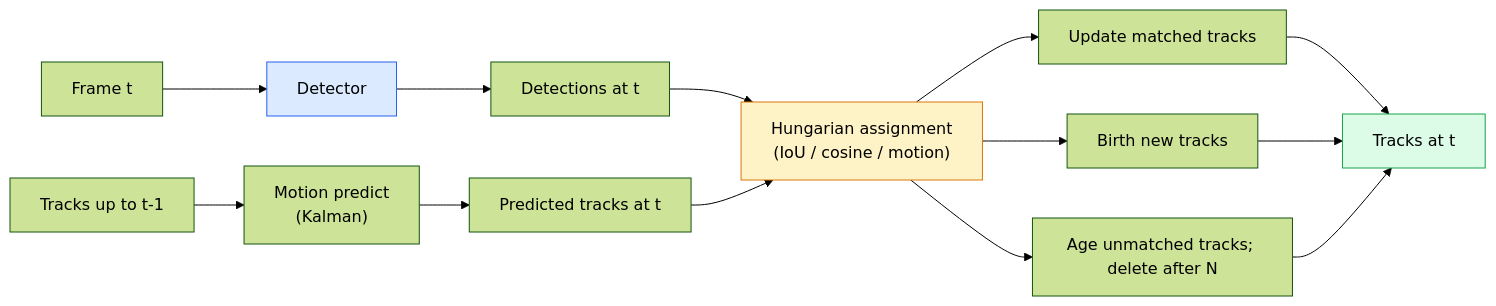
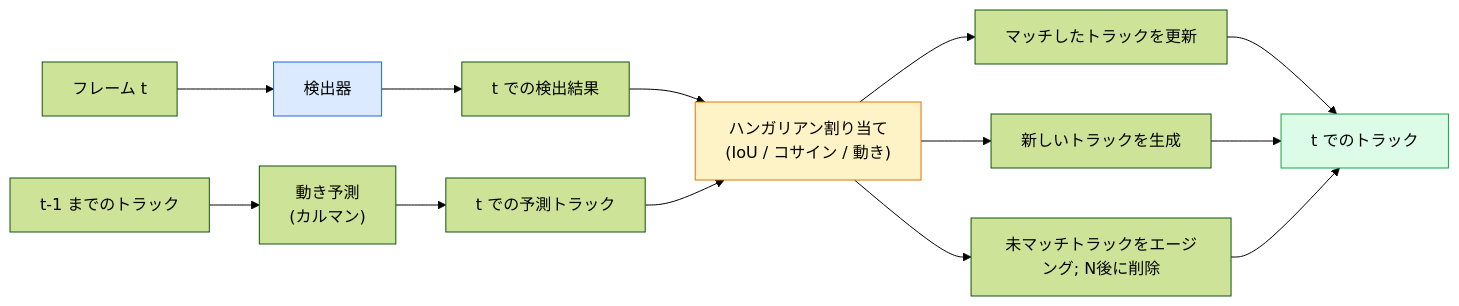
The diagram in content/phases/04-computer-vision/27-multi-object-tracking/lesson.ja.md (shoshoshomen/synapse-academy), drawn with Mermaid (forest theme) before and after one commit. The commit also changed 124 other files, not shown here.

First line of the commit message:
feat(i18n): mermaid図のラベルを日本語化(194レッスン/374図)

````diff
--- a/content/phases/04-computer-vision/27-multi-object-tracking/lesson.ja.md
+++ b/content/phases/04-computer-vision/27-multi-object-tracking/lesson.ja.md
@@ -25,18 +25,18 @@
 ```mermaid
 flowchart LR
-    F1["Frame t"] --> DET["Detector"] --> D1["Detections at t"]
-    PREV["Tracks up to t-1"] --> PREDICT["Motion predict<br/>(Kalman)"]
-    PREDICT --> PRED["Predicted tracks at t"]
-    D1 --> ASSOC["Hungarian assignment<br/>(IoU / cosine / motion)"]
+    F1["フレーム t"] --> DET["検出器"] --> D1["t での検出結果"]
+    PREV["t-1 までのトラック"] --> PREDICT["動き予測\n(カルマン)"]
+    PREDICT --> PRED["t での予測トラック"]
+    D1 --> ASSOC["ハンガリアン割り当て\n(IoU / コサイン / 動き)"]
     PRED --> ASSOC
-    ASSOC --> UPDATE["Update matched tracks"]
-    ASSOC --> NEW["Birth new tracks"]
-    ASSOC --> DEAD["Age unmatched tracks; delete after N"]
-    UPDATE --> NEXT["Tracks at t"]
+    ASSOC --> UPDATE["マッチしたトラックを更新"]
+    ASSOC --> NEW["新しいトラックを生成"]
+    ASSOC --> DEAD["未マッチトラックをエージング; N後に削除"]
+    UPDATE --> NEXT["t でのトラック"]
     NEW --> NEXT
     DEAD --> NEXT
 
     style DET fill:#dbeafe,stroke:#2563eb
     style ASSOC fill:#fef3c7,stroke:#d97706
     style NEXT fill:#dcfce7,stroke:#16a34a
 ```
````
